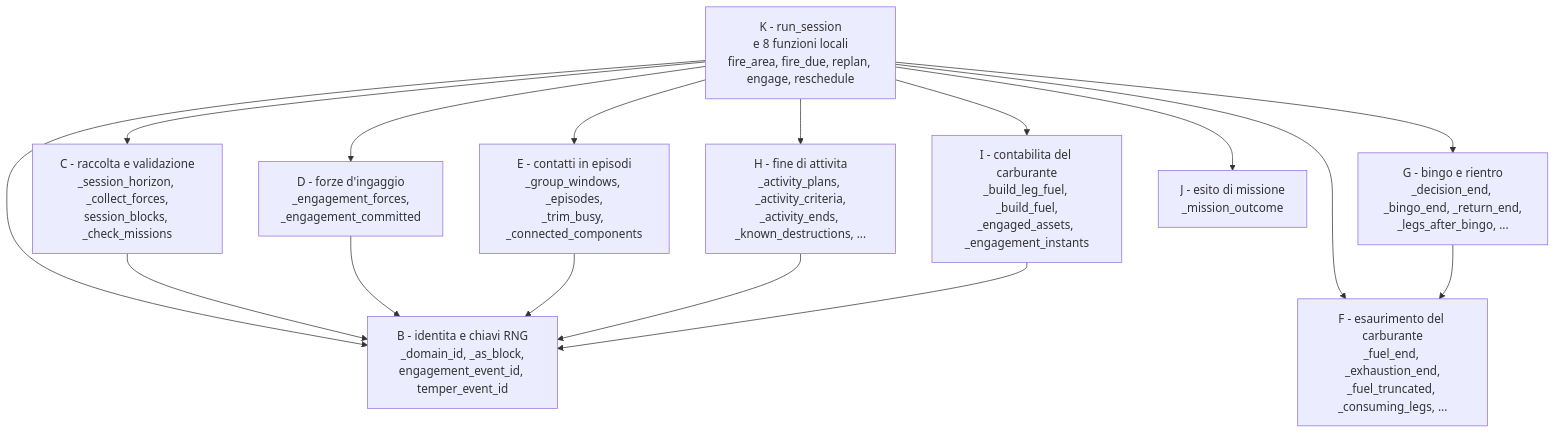
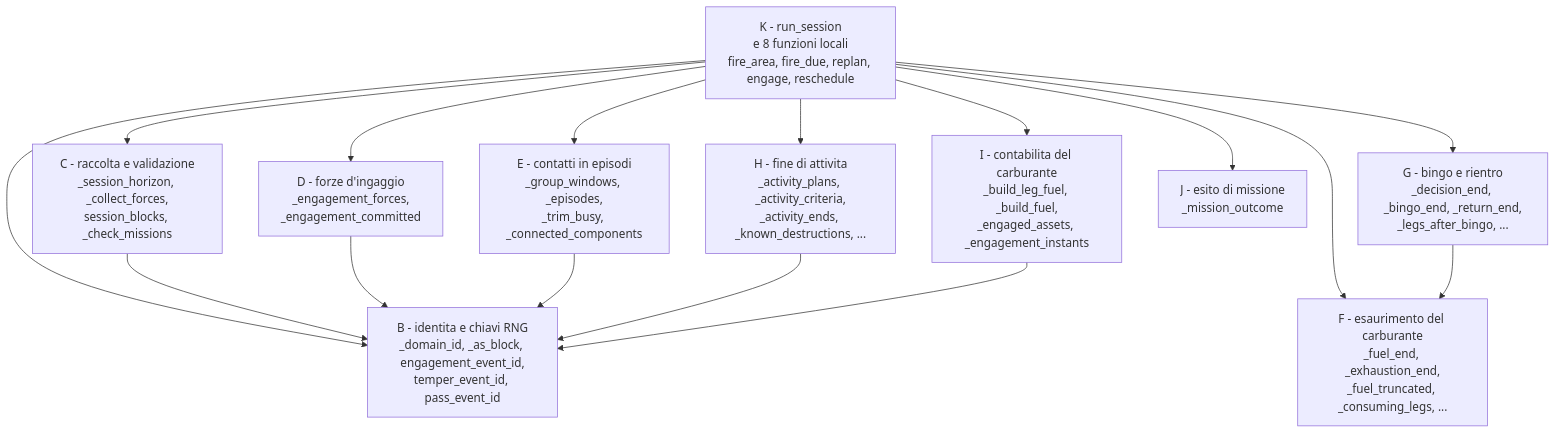
Before and after one commit to MakusIV/Warfare-Model: the sixth of 10 diagrams in Analysis/Document/Manuale_Motore_DES/11_Atlante_Diagrammi.md, drawn with Mermaid. The commit also changed other lines of this file and 11 other files, not shown here.

````diff
--- a/Analysis/Document/Manuale_Motore_DES/11_Atlante_Diagrammi.md
+++ b/Analysis/Document/Manuale_Motore_DES/11_Atlante_Diagrammi.md
@@ -537,29 +542,29 @@
 ```mermaid
 flowchart TD
     RUN["K - run_session<br/>e 8 funzioni locali<br/>fire_area, fire_due, replan, engage, reschedule"]
-    B["B - identita e chiavi RNG<br/>_domain_id, _as_block,<br/>engagement_event_id, temper_event_id"]
+    B["B - identita e chiavi RNG<br/>_domain_id, _as_block, engagement_event_id,<br/>temper_event_id, pass_event_id"]
     C["C - raccolta e validazione<br/>_session_horizon, _collect_forces,<br/>session_blocks, _check_missions"]
     D["D - forze d'ingaggio<br/>_engagement_forces,<br/>_engagement_committed"]
     E["E - contatti in episodi<br/>_group_windows, _episodes,<br/>_trim_busy, _connected_components"]
     F["F - esaurimento del carburante<br/>_fuel_end, _exhaustion_end,<br/>_fuel_truncated, _consuming_legs, ..."]
     G["G - bingo e rientro<br/>_decision_end, _bingo_end, _return_end,<br/>_legs_after_bingo, ..."]
     H["H - fine di attivita<br/>_activity_plans, _activity_criteria,<br/>_activity_ends, _known_destructions, ..."]
     I["I - contabilita del carburante<br/>_build_leg_fuel, _build_fuel,<br/>_engaged_assets, _engagement_instants"]
     J["J - esito di missione<br/>_mission_outcome"]
 
     RUN --> C
     RUN --> D
     RUN --> E
     RUN --> F
     RUN --> G
     RUN --> H
     RUN --> I
     RUN --> J
     RUN --> B
     G --> F
     C --> B
     D --> B
     E --> B
     H --> B
     I --> B
 ```
````
